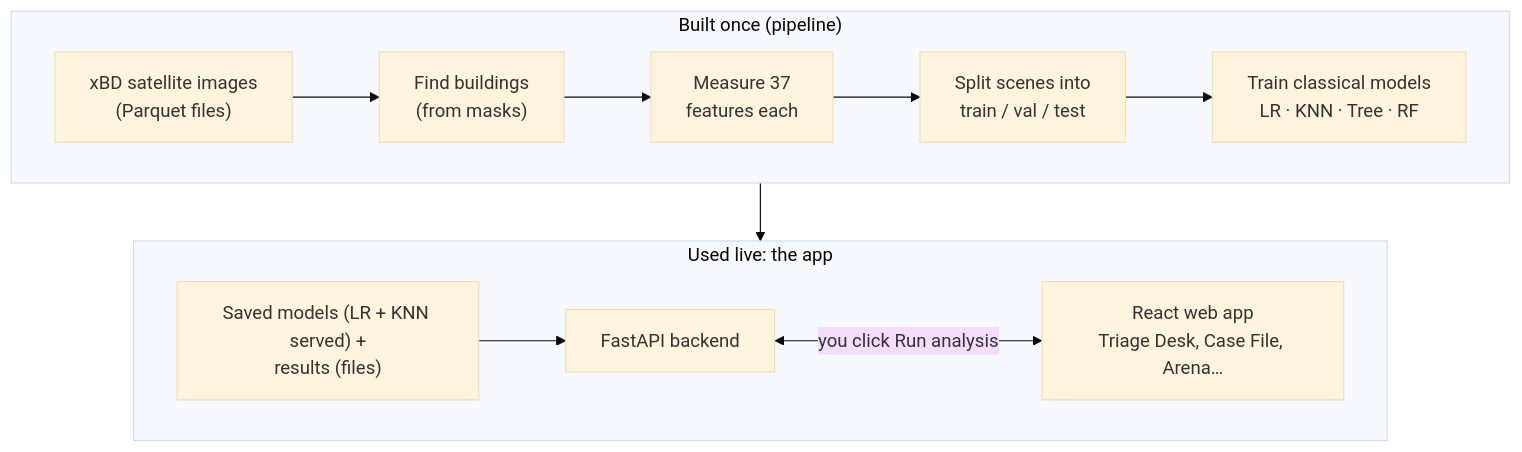
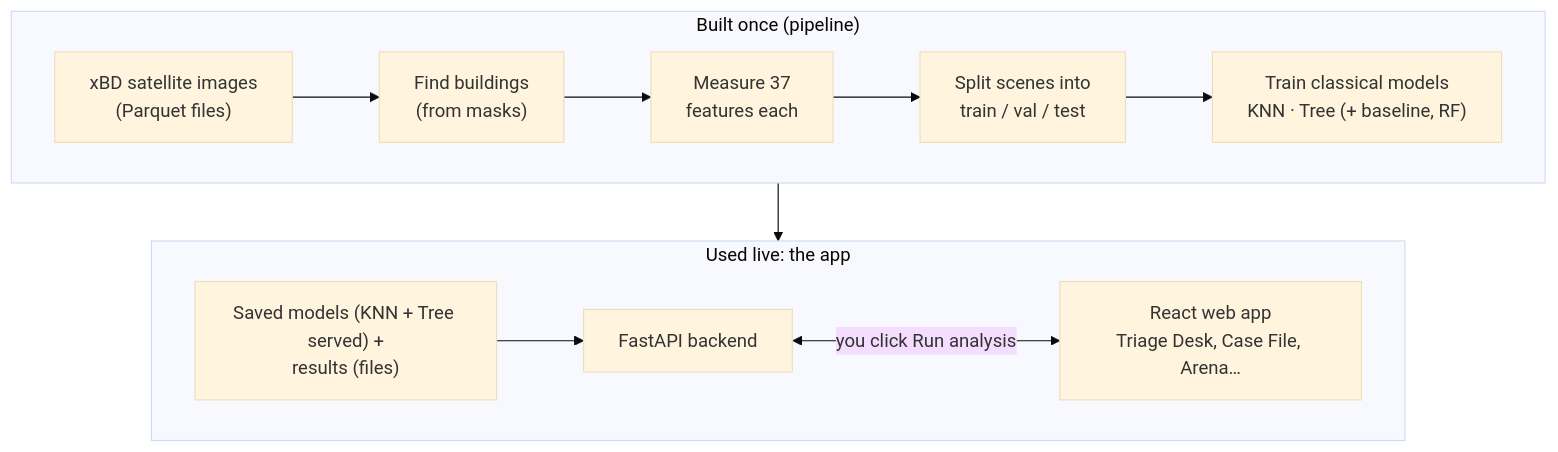
Before and after one commit to divishapanjwani/AfterSight-Simplified: the first of 4 diagrams in docs/UNDERSTANDING_AFTERSIGHT.md, drawn with Mermaid (base theme). The commit also changed other lines of this file and 32 other files, not shown here.

First line of the commit message:
Docs: KNN (default) and Decision Tree; LR only as the confounding analysis classifier

````diff
--- a/docs/UNDERSTANDING_AFTERSIGHT.md
+++ b/docs/UNDERSTANDING_AFTERSIGHT.md
@@ -54,16 +54,16 @@
 ```mermaid
 flowchart TB
     subgraph build ["Built once (pipeline)"]
         direction LR
         A["xBD satellite images<br/>(Parquet files)"] --> B["Find buildings<br/>(from masks)"]
         B --> C["Measure 37<br/>features each"]
         C --> D["Split scenes into<br/>train / val / test"]
-        D --> E["Train classical models<br/>LR · KNN · Tree · RF"]
+        D --> E["Train classical models<br/>KNN · Tree (+ baseline, RF)"]
     end
     subgraph live ["Used live: the app"]
         direction LR
-        F["Saved models (LR + KNN served) +<br/>results (files)"] --> G["FastAPI backend"]
+        F["Saved models (KNN + Tree served) +<br/>results (files)"] --> G["FastAPI backend"]
         G <-->|"you click Run analysis"| H["React web app<br/>Triage Desk, Case File, Arena…"]
     end
     build --> live
 ```
````
